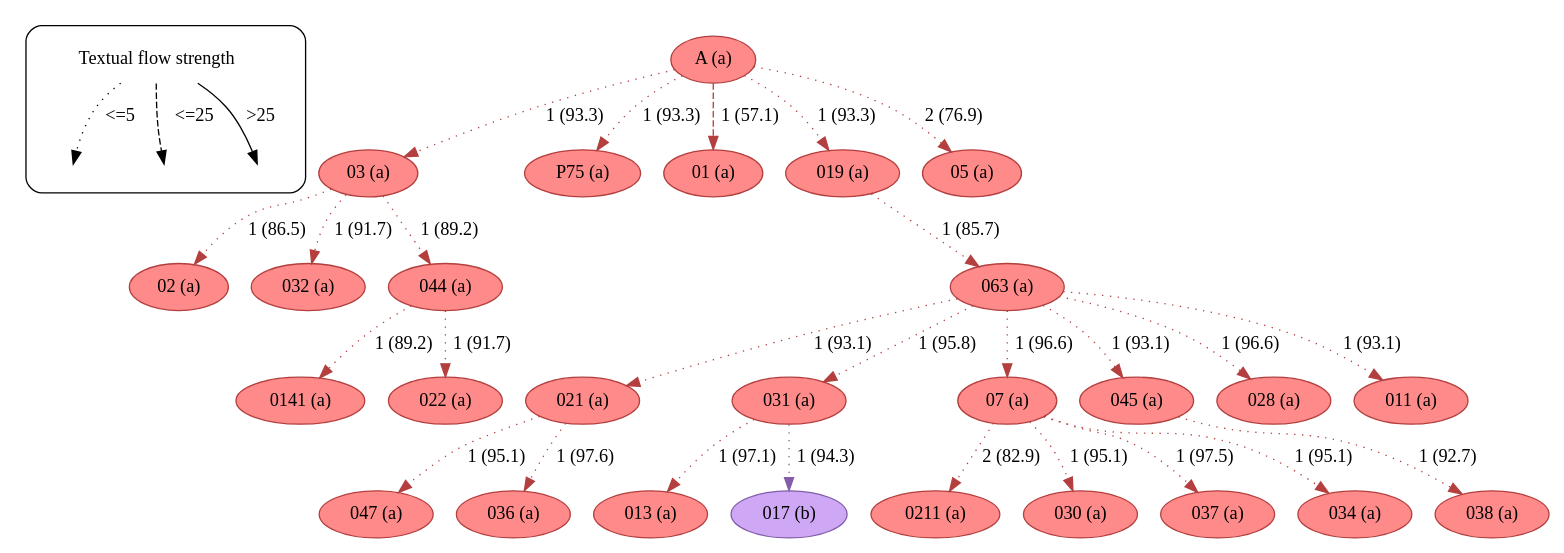
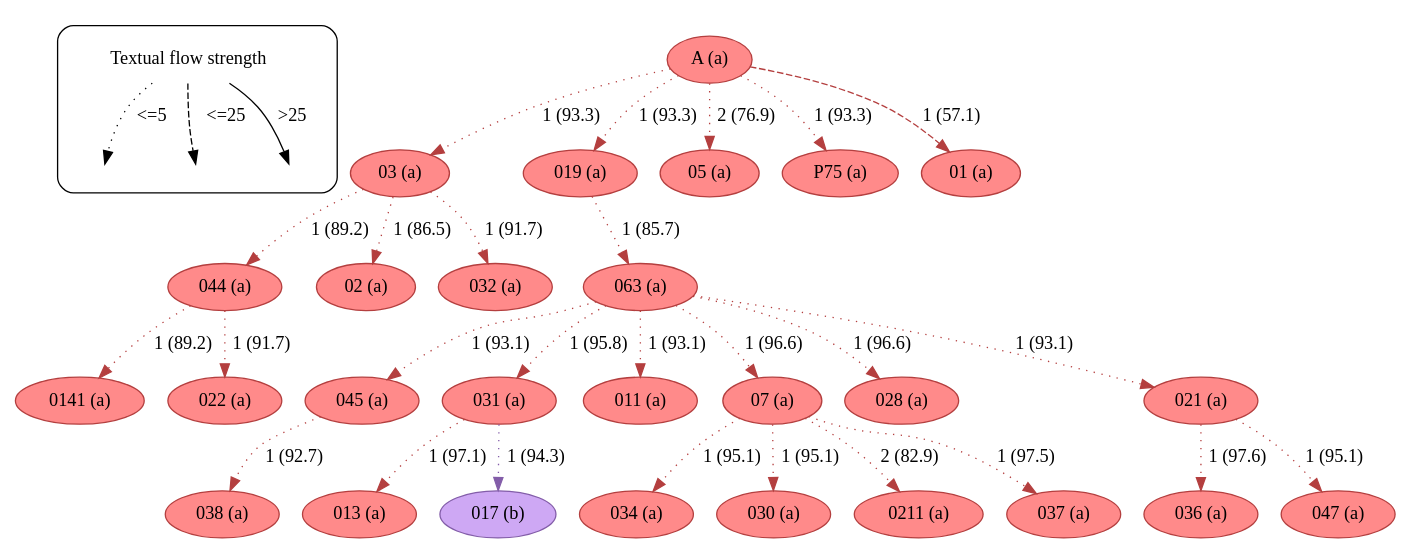
The diagram in example/c499/textual_flow_24_50-52_c499.dot (edmondac/CBGM), drawn with Graphviz before and after one commit. The commit also changed other lines of this file and 168 other files, not shown here.

```diff
--- a/example/c499/textual_flow_24_50-52_c499.dot
+++ b/example/c499/textual_flow_24_50-52_c499.dot
@@ -23,37 +23,30 @@
 		leg_s -> leg_e3		 [label=">25",
 			style=solid];
 	}
+	A	 [color="#b43f3f",
+		fillcolor="#FF8A8A",
+		label="A (a)",
+		style=filled];
 	03	 [color="#b43f3f",
 		fillcolor="#FF8A8A",
 		label="03 (a)",
 		style=filled];
-	02	 [color="#b43f3f",
-		fillcolor="#FF8A8A",
-		label="02 (a)",
-		style=filled];
-	03 -> 02	 [color="#b43f3f",
-		label="1 (86.5)",
-		style=dotted];
-	032	 [color="#b43f3f",
-		fillcolor="#FF8A8A",
-		label="032 (a)",
-		style=filled];
-	03 -> 032	 [color="#b43f3f",
-		label="1 (91.7)",
-		style=dotted];
-	044	 [color="#b43f3f",
-		fillcolor="#FF8A8A",
-		label="044 (a)",
-		style=filled];
-	03 -> 044	 [color="#b43f3f",
-		label="1 (89.2)",
-		style=dotted];
-	A	 [color="#b43f3f",
-		fillcolor="#FF8A8A",
-		label="A (a)",
-		style=filled];
 	A -> 03	 [color="#b43f3f",
 		label="1 (93.3)",
+		style=dotted];
+	019	 [color="#b43f3f",
+		fillcolor="#FF8A8A",
+		label="019 (a)",
+		style=filled];
+	A -> 019	 [color="#b43f3f",
+		label="1 (93.3)",
+		style=dotted];
+	05	 [color="#b43f3f",
+		fillcolor="#FF8A8A",
+		label="05 (a)",
+		style=filled];
+	A -> 05	 [color="#b43f3f",
+		label="2 (76.9)",
 		style=dotted];
 	P75	 [color="#b43f3f",
 		fillcolor="#FF8A8A",
@@ -69,43 +62,50 @@
 	A -> 01	 [color="#b43f3f",
 		label="1 (57.1)",
 		style=dashed];
-	019	 [color="#b43f3f",
+	044	 [color="#b43f3f",
 		fillcolor="#FF8A8A",
-		label="019 (a)",
+		label="044 (a)",
 		style=filled];
-	A -> 019	 [color="#b43f3f",
-		label="1 (93.3)",
+	03 -> 044	 [color="#b43f3f",
+		label="1 (89.2)",
 		style=dotted];
-	05	 [color="#b43f3f",
+	02	 [color="#b43f3f",
 		fillcolor="#FF8A8A",
-		label="05 (a)",
+		label="02 (a)",
 		style=filled];
-	A -> 05	 [color="#b43f3f",
-		label="2 (76.9)",
+	03 -> 02	 [color="#b43f3f",
+		label="1 (86.5)",
 		style=dotted];
-	021	 [color="#b43f3f",
+	032	 [color="#b43f3f",
 		fillcolor="#FF8A8A",
-		label="021 (a)",
+		label="032 (a)",
 		style=filled];
-	047	 [color="#b43f3f",
+	03 -> 032	 [color="#b43f3f",
+		label="1 (91.7)",
+		style=dotted];
+	0141	 [color="#b43f3f",
 		fillcolor="#FF8A8A",
-		label="047 (a)",
+		label="0141 (a)",
 		style=filled];
-	021 -> 047	 [color="#b43f3f",
-		label="1 (95.1)",
+	044 -> 0141	 [color="#b43f3f",
+		label="1 (89.2)",
 		style=dotted];
-	036	 [color="#b43f3f",
+	022	 [color="#b43f3f",
 		fillcolor="#FF8A8A",
-		label="036 (a)",
+		label="022 (a)",
 		style=filled];
-	021 -> 036	 [color="#b43f3f",
-		label="1 (97.6)",
+	044 -> 022	 [color="#b43f3f",
+		label="1 (91.7)",
 		style=dotted];
 	063	 [color="#b43f3f",
 		fillcolor="#FF8A8A",
 		label="063 (a)",
 		style=filled];
-	063 -> 021	 [color="#b43f3f",
+	045	 [color="#b43f3f",
+		fillcolor="#FF8A8A",
+		label="045 (a)",
+		style=filled];
+	063 -> 045	 [color="#b43f3f",
 		label="1 (93.1)",
 		style=dotted];
 	031	 [color="#b43f3f",
@@ -115,19 +115,19 @@
 	063 -> 031	 [color="#b43f3f",
 		label="1 (95.8)",
 		style=dotted];
+	011	 [color="#b43f3f",
+		fillcolor="#FF8A8A",
+		label="011 (a)",
+		style=filled];
+	063 -> 011	 [color="#b43f3f",
+		label="1 (93.1)",
+		style=dotted];
 	07	 [color="#b43f3f",
 		fillcolor="#FF8A8A",
 		label="07 (a)",
 		style=filled];
 	063 -> 07	 [color="#b43f3f",
 		label="1 (96.6)",
-		style=dotted];
-	045	 [color="#b43f3f",
-		fillcolor="#FF8A8A",
-		label="045 (a)",
-		style=filled];
-	063 -> 045	 [color="#b43f3f",
-		label="1 (93.1)",
 		style=dotted];
 	028	 [color="#b43f3f",
 		fillcolor="#FF8A8A",
@@ -136,12 +136,19 @@
 	063 -> 028	 [color="#b43f3f",
 		label="1 (96.6)",
 		style=dotted];
-	011	 [color="#b43f3f",
+	021	 [color="#b43f3f",
 		fillcolor="#FF8A8A",
-		label="011 (a)",
+		label="021 (a)",
 		style=filled];
-	063 -> 011	 [color="#b43f3f",
+	063 -> 021	 [color="#b43f3f",
 		label="1 (93.1)",
+		style=dotted];
+	038	 [color="#b43f3f",
+		fillcolor="#FF8A8A",
+		label="038 (a)",
+		style=filled];
+	045 -> 038	 [color="#b43f3f",
+		label="1 (92.7)",
 		style=dotted];
 	013	 [color="#b43f3f",
 		fillcolor="#FF8A8A",
@@ -157,12 +164,12 @@
 	031 -> 017	 [color="#835da9",
 		label="1 (94.3)",
 		style=dotted];
-	0211	 [color="#b43f3f",
+	034	 [color="#b43f3f",
 		fillcolor="#FF8A8A",
-		label="0211 (a)",
+		label="034 (a)",
 		style=filled];
-	07 -> 0211	 [color="#b43f3f",
-		label="2 (82.9)",
+	07 -> 034	 [color="#b43f3f",
+		label="1 (95.1)",
 		style=dotted];
 	030	 [color="#b43f3f",
 		fillcolor="#FF8A8A",
@@ -171,6 +178,13 @@
 	07 -> 030	 [color="#b43f3f",
 		label="1 (95.1)",
 		style=dotted];
+	0211	 [color="#b43f3f",
+		fillcolor="#FF8A8A",
+		label="0211 (a)",
+		style=filled];
+	07 -> 0211	 [color="#b43f3f",
+		label="2 (82.9)",
+		style=dotted];
 	037	 [color="#b43f3f",
 		fillcolor="#FF8A8A",
 		label="037 (a)",
@@ -178,35 +192,21 @@
 	07 -> 037	 [color="#b43f3f",
 		label="1 (97.5)",
 		style=dotted];
-	034	 [color="#b43f3f",
+	036	 [color="#b43f3f",
 		fillcolor="#FF8A8A",
-		label="034 (a)",
+		label="036 (a)",
 		style=filled];
-	07 -> 034	 [color="#b43f3f",
+	021 -> 036	 [color="#b43f3f",
+		label="1 (97.6)",
+		style=dotted];
+	047	 [color="#b43f3f",
+		fillcolor="#FF8A8A",
+		label="047 (a)",
+		style=filled];
+	021 -> 047	 [color="#b43f3f",
 		label="1 (95.1)",
 		style=dotted];
 	019 -> 063	 [color="#b43f3f",
 		label="1 (85.7)",
 		style=dotted];
-	038	 [color="#b43f3f",
-		fillcolor="#FF8A8A",
-		label="038 (a)",
-		style=filled];
-	045 -> 038	 [color="#b43f3f",
-		label="1 (92.7)",
-		style=dotted];
-	0141	 [color="#b43f3f",
-		fillcolor="#FF8A8A",
-		label="0141 (a)",
-		style=filled];
-	044 -> 0141	 [color="#b43f3f",
-		label="1 (89.2)",
-		style=dotted];
-	022	 [color="#b43f3f",
-		fillcolor="#FF8A8A",
-		label="022 (a)",
-		style=filled];
-	044 -> 022	 [color="#b43f3f",
-		label="1 (91.7)",
-		style=dotted];
 }
```
